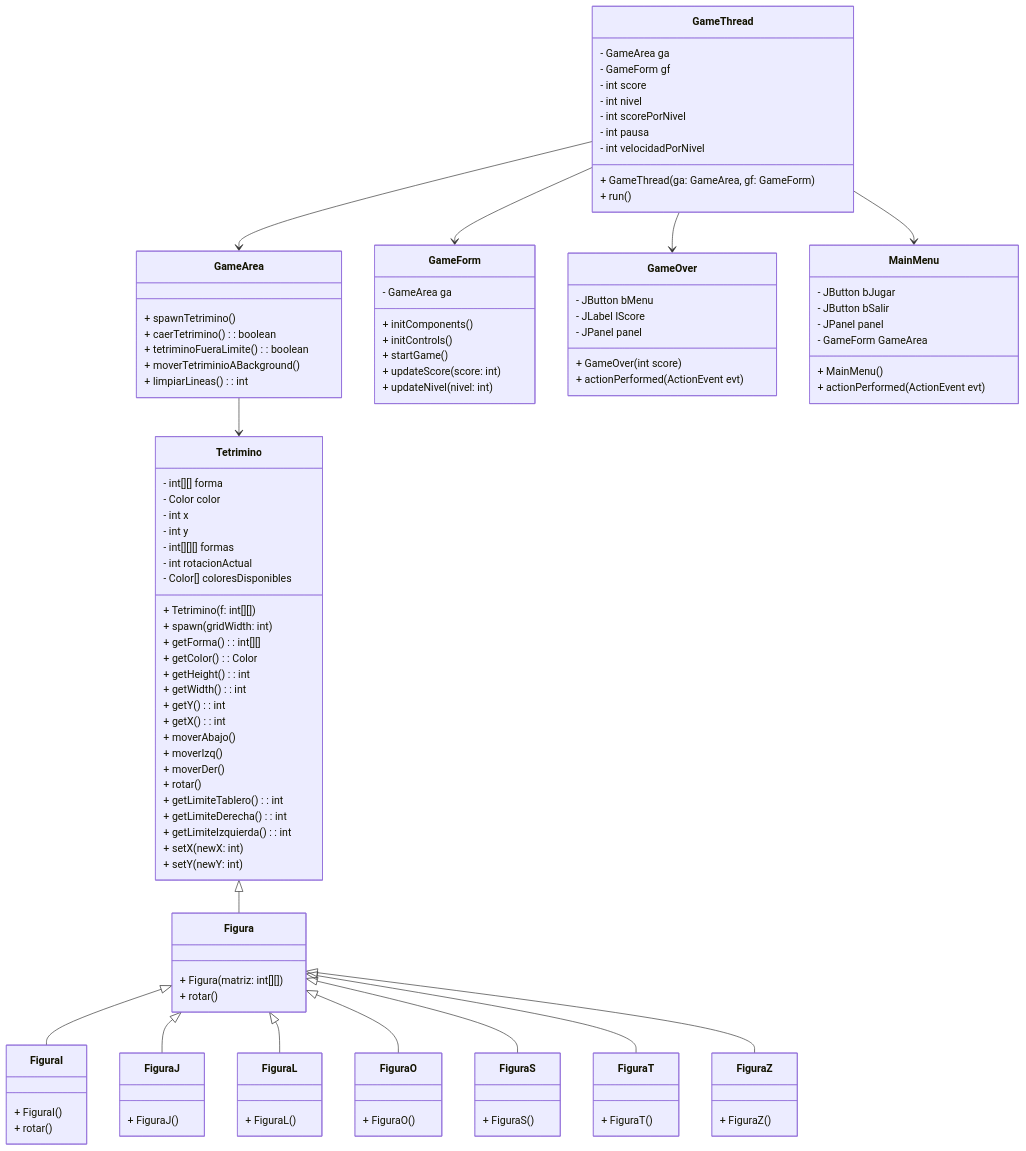
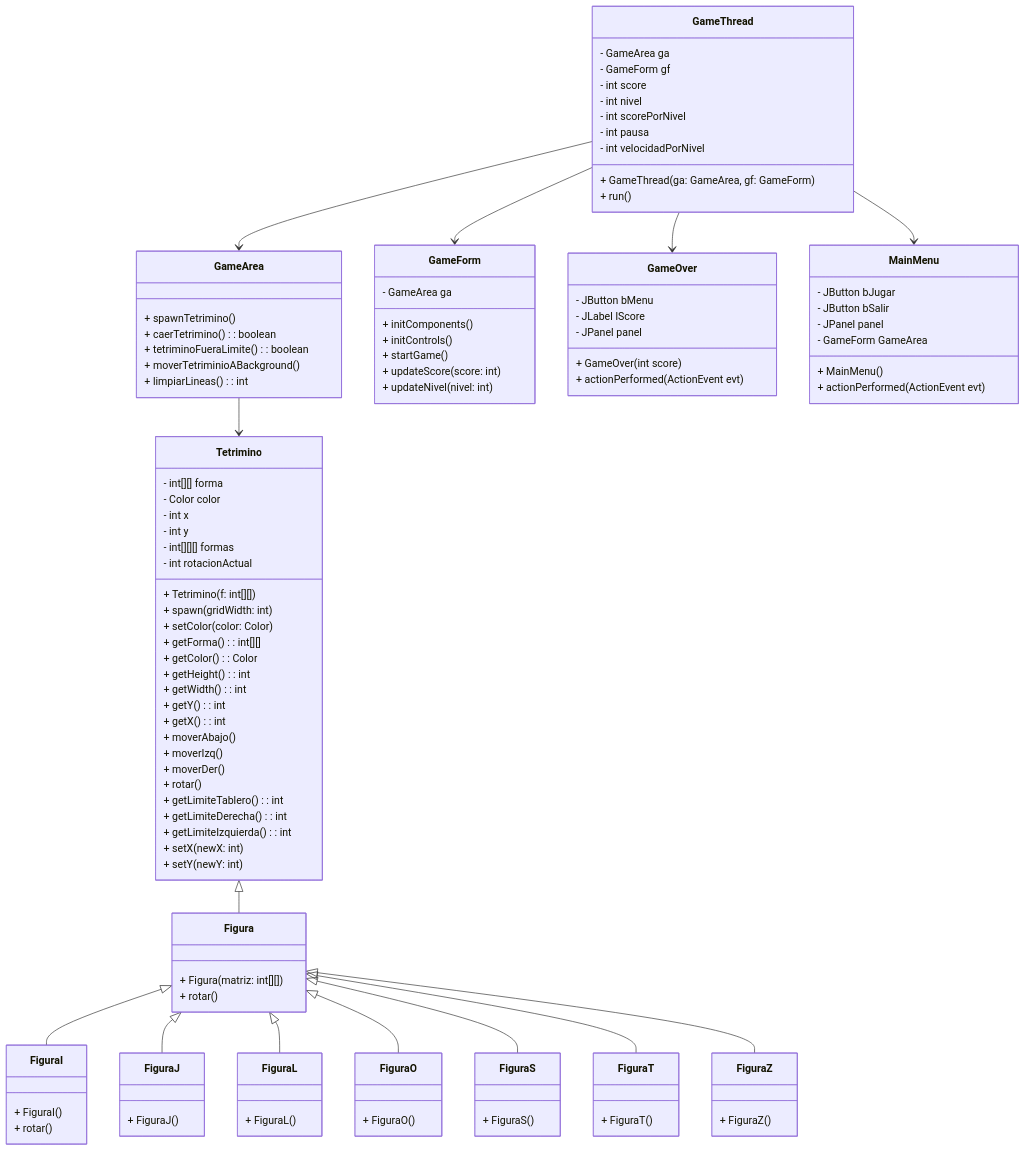
The diagram in README.md (Lakori4/Tetris), drawn with Mermaid before and after one commit.

```diff
--- a/README.md
+++ b/README.md
@@ -56,9 +56,10 @@
         - int y
         - int[][][] formas
         - int rotacionActual
-        - Color[] coloresDisponibles
+        
         + Tetrimino(f: int[][])
         + spawn(gridWidth: int)
+        + setColor (color: Color)
         + getForma(): int[][]
         + getColor(): Color
         + getHeight(): int
```
